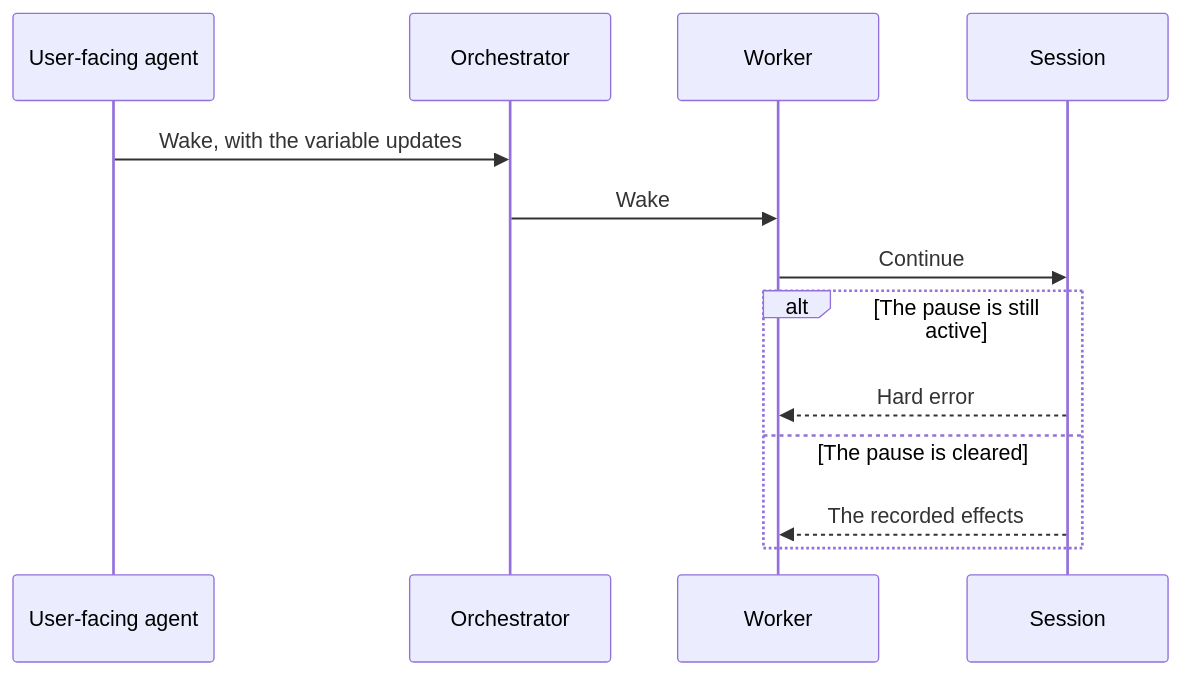
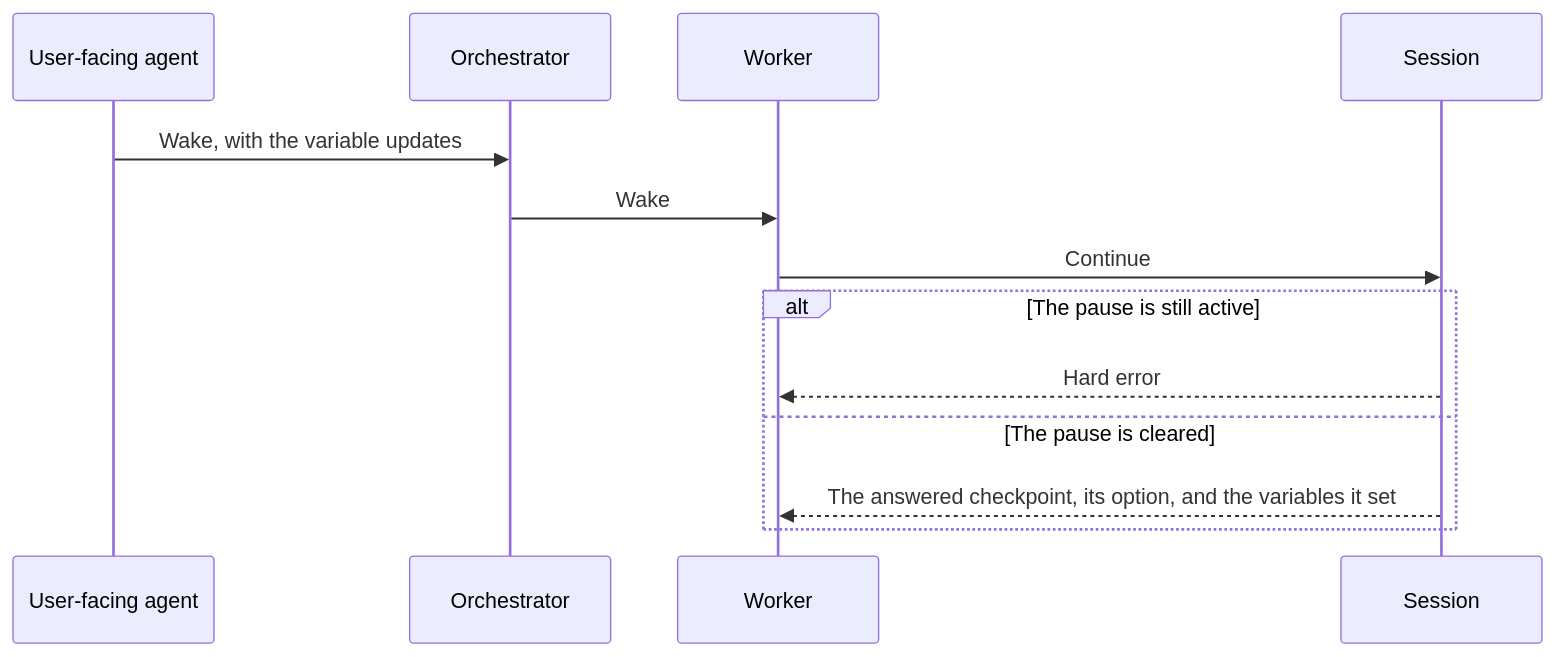
Before and after one commit to m2ux/workflow-server: diagram 13 of 22 in docs/checkpoint.md, drawn with Mermaid. The commit also changed other lines of this file and 17 other files, not shown here.

````diff
--- a/docs/checkpoint.md
+++ b/docs/checkpoint.md
@@ -316,15 +316,15 @@
 ```mermaid
 sequenceDiagram
   participant Top as User-facing agent
   participant Orchestrator
   participant Worker
   participant Session
   Top->>Orchestrator: Wake, with the variable updates
   Orchestrator->>Worker: Wake
   Worker->>Session: Continue
   alt The pause is still active
     Session-->>Worker: Hard error
   else The pause is cleared
-    Session-->>Worker: The recorded effects
+    Session-->>Worker: The answered checkpoint, its option, and the variables it set
   end
 ```
````
